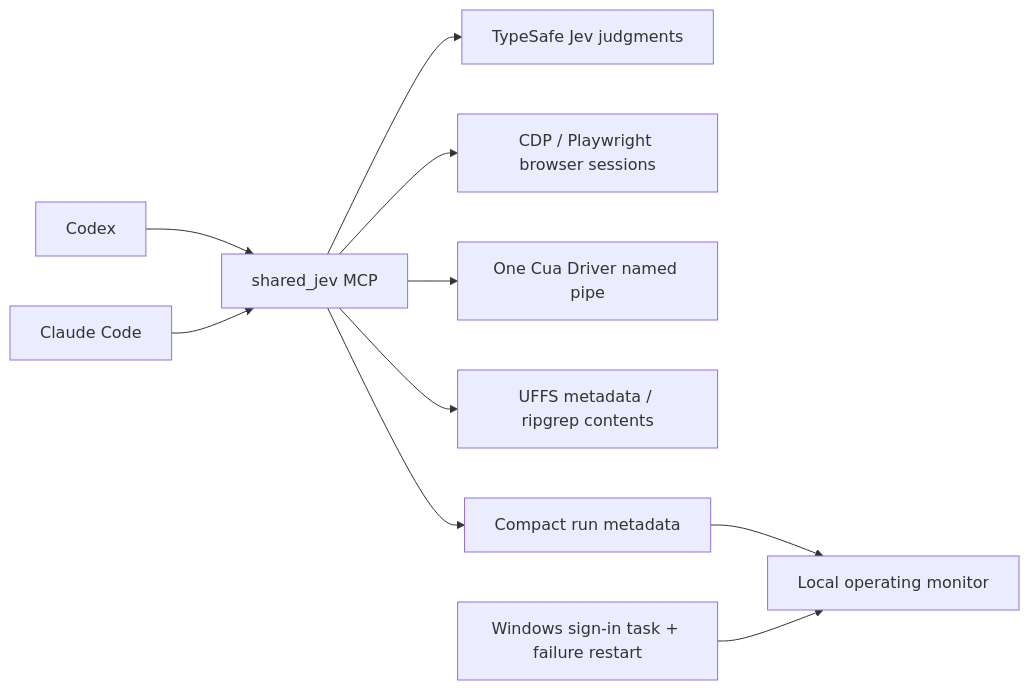
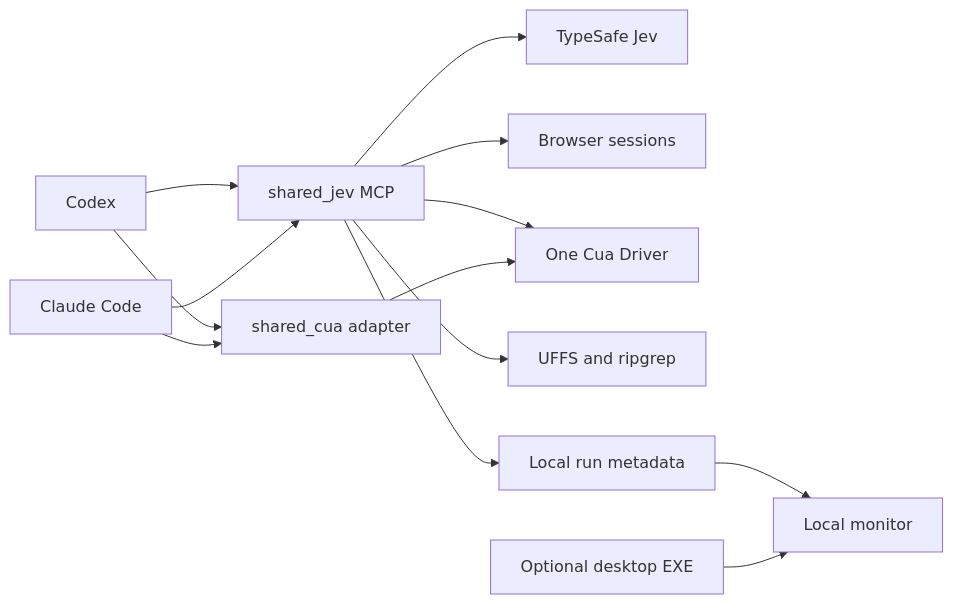
Before and after one commit to bhadkamkar9snehil/Nexus: the diagram in README.md, drawn with Mermaid. The commit also changed other lines of this file and 1 other file, not shown here.

````diff
--- a/README.md
+++ b/README.md
@@ -128,12 +181,15 @@
 ```mermaid
 flowchart LR
   A[Codex] --> M[shared_jev MCP]
   B[Claude Code] --> M
-  M --> J[TypeSafe Jev judgments]
-  M --> P[CDP / Playwright browser sessions]
-  M --> C[One Cua Driver named pipe]
-  M --> F[UFFS metadata / ripgrep contents]
-  M --> L[Compact run metadata]
-  L --> U[Local operating monitor]
-  T[Windows sign-in task + failure restart] --> U
+  A --> C[shared_cua adapter]
+  B --> C
+  M --> J[TypeSafe Jev]
+  M --> P[Browser sessions]
+  M --> D[One Cua Driver]
+  C --> D
+  M --> F[UFFS and ripgrep]
+  M --> L[Local run metadata]
+  L --> U[Local monitor]
+  E[Optional desktop EXE] --> U
 ```
````
